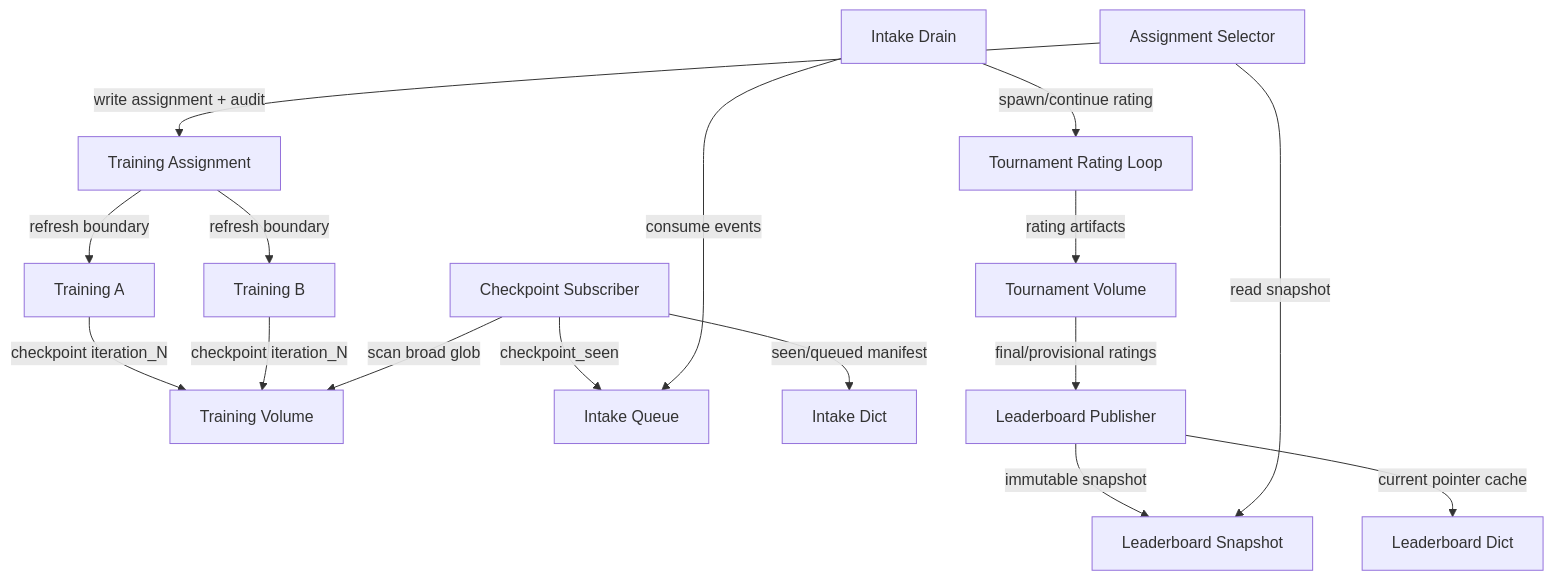
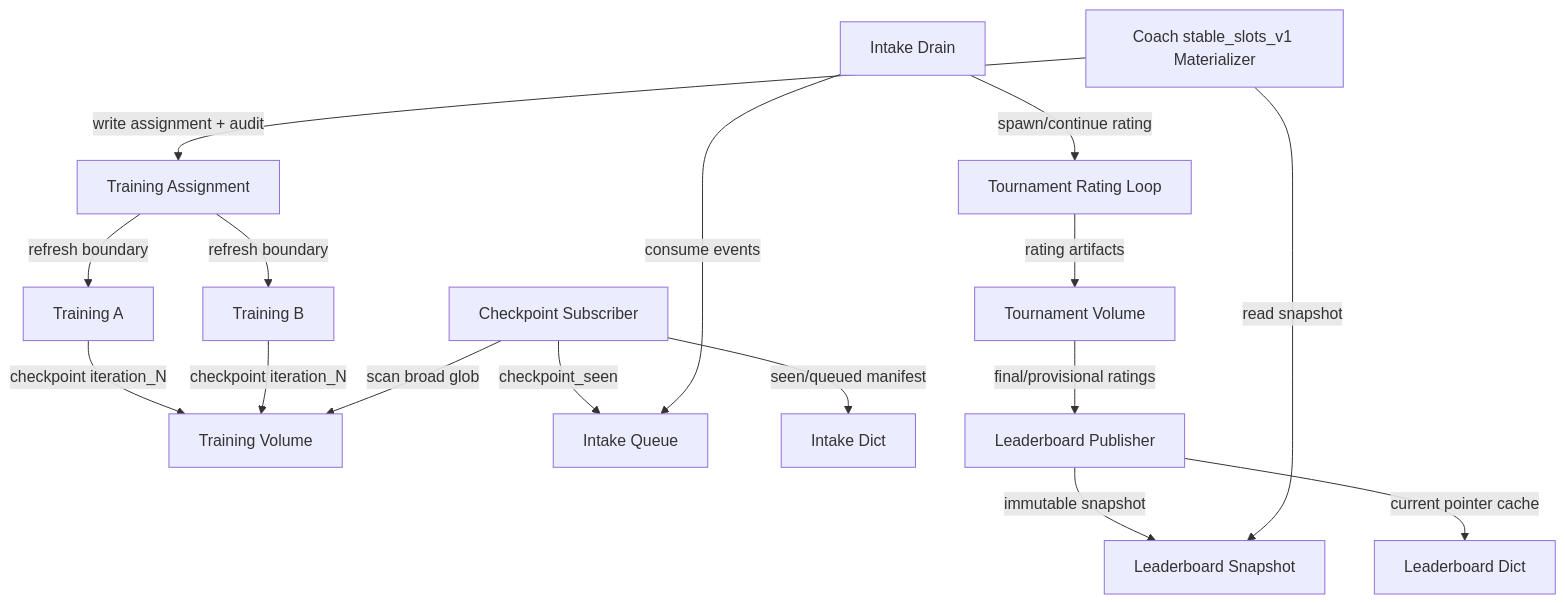
Before and after one commit to amartyashankha/curvyzero: the diagram in docs/working/training/leaderboard_to_training_2026-05-13/closed_loop_spec.md, drawn with Mermaid. The commit also changed other lines of this file and 44 other files, not shown here.

````diff
--- a/docs/working/training/leaderboard_to_training_2026-05-13/closed_loop_spec.md
+++ b/docs/working/training/leaderboard_to_training_2026-05-13/closed_loop_spec.md
@@ -55,18 +60,18 @@
 ```mermaid
 flowchart TD
   trainA["Training A"] -->|"checkpoint iteration_N"| checkpointVolume["Training Volume"]
   trainB["Training B"] -->|"checkpoint iteration_N"| checkpointVolume
   subscriber["Checkpoint Subscriber"] -->|"scan broad glob"| checkpointVolume
   subscriber -->|"checkpoint_seen"| intakeQueue["Intake Queue"]
   subscriber -->|"seen/queued manifest"| intakeDict["Intake Dict"]
   intakeDrain["Intake Drain"] -->|"consume events"| intakeQueue
   intakeDrain -->|"spawn/continue rating"| tournament["Tournament Rating Loop"]
   tournament -->|"rating artifacts"| tournamentVolume["Tournament Volume"]
   tournamentVolume -->|"final/provisional ratings"| publisher["Leaderboard Publisher"]
   publisher -->|"immutable snapshot"| leaderboardSnapshot["Leaderboard Snapshot"]
   publisher -->|"current pointer cache"| leaderboardDict["Leaderboard Dict"]
-  selector["Assignment Selector"] -->|"read snapshot"| leaderboardSnapshot
-  selector -->|"write assignment + audit"| assignment["Training Assignment"]
+  materializer["Coach stable_slots_v1 Materializer"] -->|"read snapshot"| leaderboardSnapshot
+  materializer -->|"write assignment + audit"| assignment["Training Assignment"]
   assignment -->|"refresh boundary"| trainA
   assignment -->|"refresh boundary"| trainB
 ```
````
